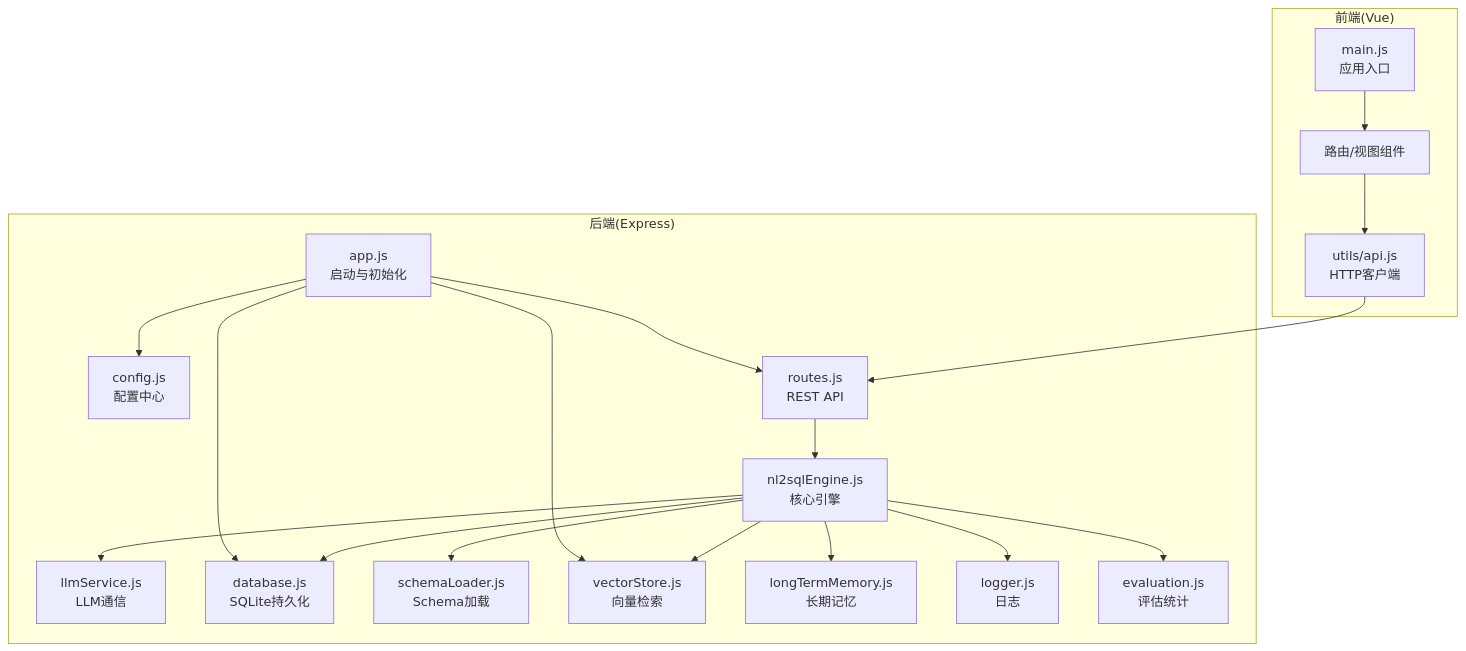
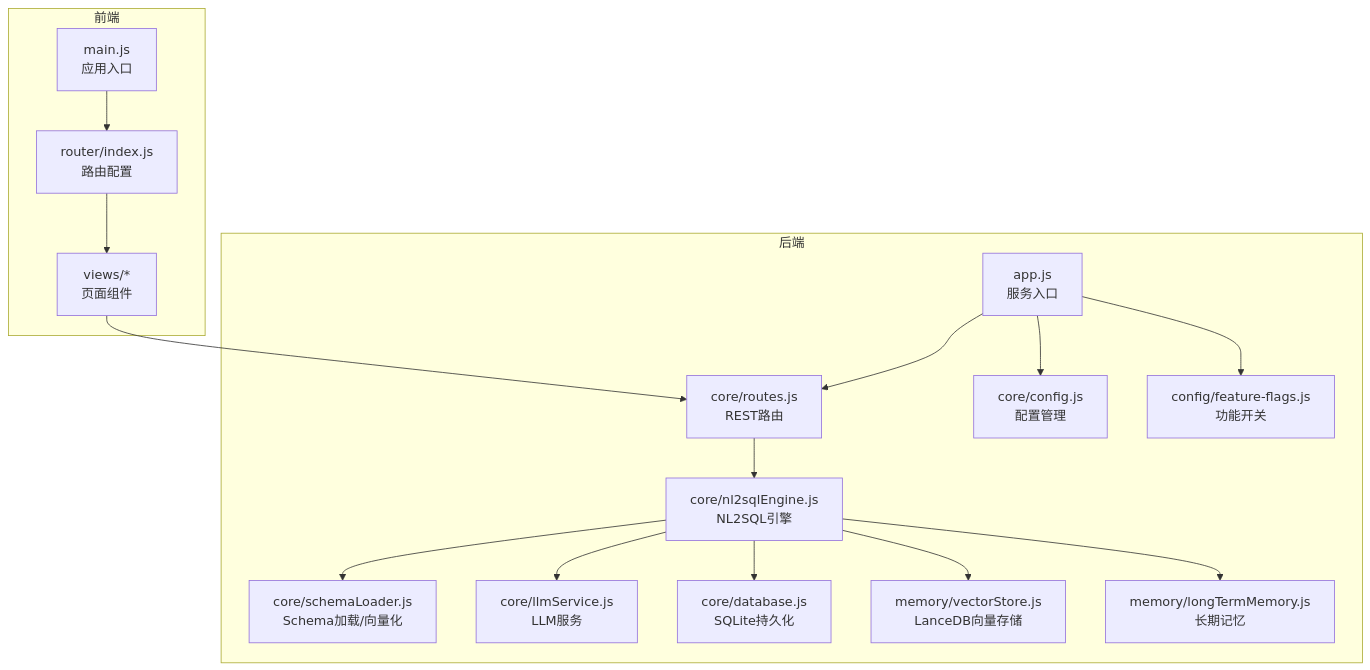
Before and after one commit to HanHuiOnLine/724-office: the first of 11 diagrams in NL2SQL/.qoder/repowiki/zh/content/系统架构/系统架构.md, drawn with Mermaid. The commit also changed other lines of this file and 170 other files, not shown here.

````diff
--- a/NL2SQL/.qoder/repowiki/zh/content/系统架构/系统架构.md
+++ b/NL2SQL/.qoder/repowiki/zh/content/系统架构/系统架构.md
@@ -42,36 +51,32 @@
 ```mermaid
 graph TB
-subgraph "前端(Vue)"
+subgraph "前端"
 FE_Main["main.js<br/>应用入口"]
-FE_Router["路由/视图组件"]
-FE_API["utils/api.js<br/>HTTP客户端"]
+FE_Router["router/index.js<br/>路由配置"]
+FE_Components["views/*<br/>页面组件"]
 end
-subgraph "后端(Express)"
-BE_App["app.js<br/>启动与初始化"]
-BE_Config["config.js<br/>配置中心"]
-BE_Routes["routes.js<br/>REST API"]
-BE_Engine["nl2sqlEngine.js<br/>核心引擎"]
-BE_LLM["llmService.js<br/>LLM通信"]
-BE_DB["database.js<br/>SQLite持久化"]
-BE_Schema["schemaLoader.js<br/>Schema加载"]
-BE_Vector["vectorStore.js<br/>向量检索"]
-BE_LTM["longTermMemory.js<br/>长期记忆"]
-BE_Log["logger.js<br/>日志"]
-BE_Eval["evaluation.js<br/>评估统计"]
+subgraph "后端"
+BE_App["app.js<br/>服务入口"]
+BE_Routes["core/routes.js<br/>REST路由"]
+BE_Engine["core/nl2sqlEngine.js<br/>NL2SQL引擎"]
+BE_Schema["core/schemaLoader.js<br/>Schema加载/向量化"]
+BE_LLM["core/llmService.js<br/>LLM服务"]
+BE_DB["core/database.js<br/>SQLite持久化"]
+BE_Vector["memory/vectorStore.js<br/>LanceDB向量存储"]
+BE_LongMem["memory/longTermMemory.js<br/>长期记忆"]
+BE_Config["core/config.js<br/>配置管理"]
+BE_Flags["config/feature-flags.js<br/>功能开关"]
 end
 FE_Main --> FE_Router
-FE_Router --> FE_API
-FE_API --> BE_Routes
+FE_Router --> FE_Components
+FE_Components --> BE_Routes
+BE_App --> BE_Routes
 BE_Routes --> BE_Engine
+BE_Engine --> BE_Schema
 BE_Engine --> BE_LLM
-BE_Engine --> BE_Schema
+BE_Engine --> BE_DB
 BE_Engine --> BE_Vector
-BE_Engine --> BE_DB
-BE_Engine --> BE_LTM
-BE_Engine --> BE_Log
-BE_Engine --> BE_Eval
-BE_App --> BE_Routes
-BE_App --> BE_DB
-BE_App --> BE_Vector
+BE_Engine --> BE_LongMem
 BE_App --> BE_Config
+BE_App --> BE_Flags
 ```
````
